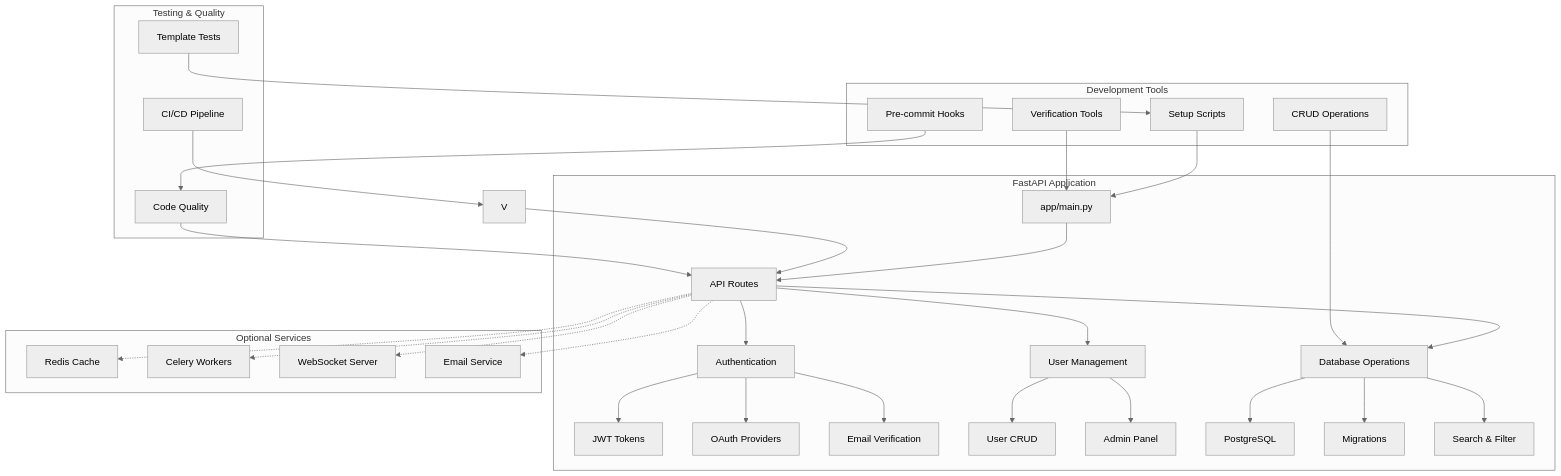
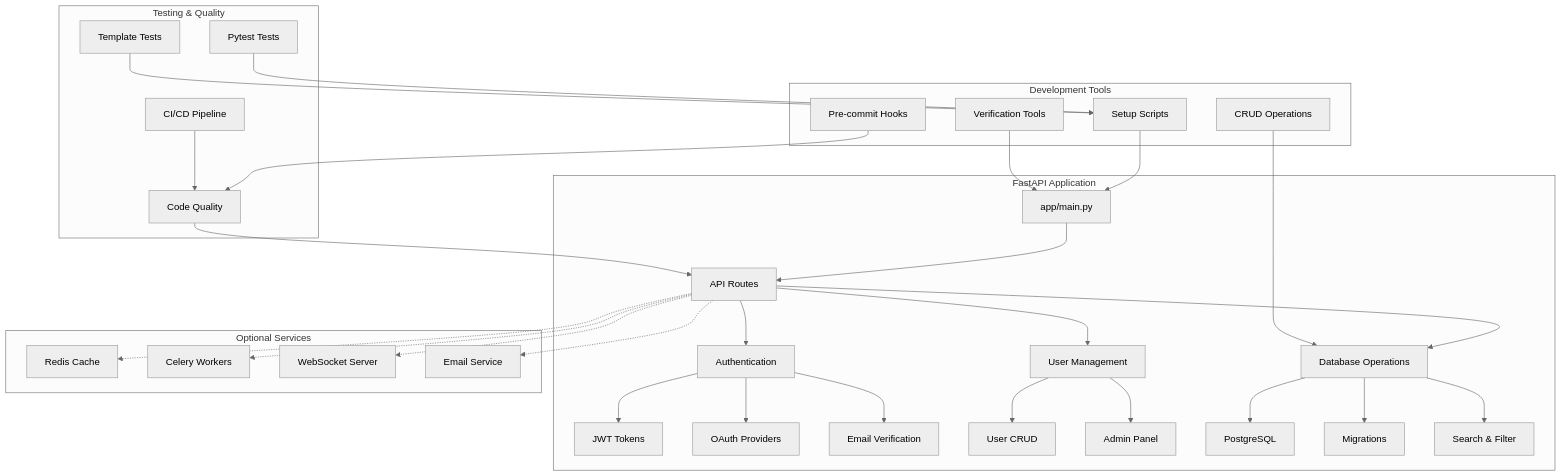
The diagram in docs/tutorials/TUTORIALS.md (triciaward/fast-api-template), drawn with Mermaid (neutral theme) before and after one commit. The commit also changed other lines of this file and 204 other files, not shown here.

````diff
--- a/docs/tutorials/TUTORIALS.md
+++ b/docs/tutorials/TUTORIALS.md
@@ -65,56 +64,56 @@
 ```mermaid
 flowchart TD
     subgraph "FastAPI Application"
         A[app/main.py] --> B[API Routes]
         B --> C[Authentication]
         B --> D[User Management]
         B --> E[Database Operations]
         
         C --> F[JWT Tokens]
         C --> G[OAuth Providers]
         C --> H[Email Verification]
         
         D --> I[User CRUD]
         D --> J[Admin Panel]
         
         E --> K[PostgreSQL]
         E --> L[Migrations]
         E --> M[Search & Filter]
     end
     
     subgraph "Development Tools"
         N[Setup Scripts]
         O[CRUD Operations]
         P[Pre-commit Hooks]
         Q[Verification Tools]
     end
     
     subgraph "Optional Services"
         R[Redis Cache]
         S[Celery Workers]
         T[WebSocket Server]
         U[Email Service]
     end
     
     subgraph "Testing & Quality"
-        
+        V[Pytest Tests]
         W[Template Tests]
         X[Code Quality]
         Y[CI/CD Pipeline]
     end
     
     B -.-> R
     B -.-> S
     B -.-> T
     B -.-> U
     
     N --> A
     O --> E
     P --> X
     Q --> A
     
-    V --> B
+    V --> N
     W --> N
     X --> B
-    Y --> V
+    Y --> X
 ```
````
